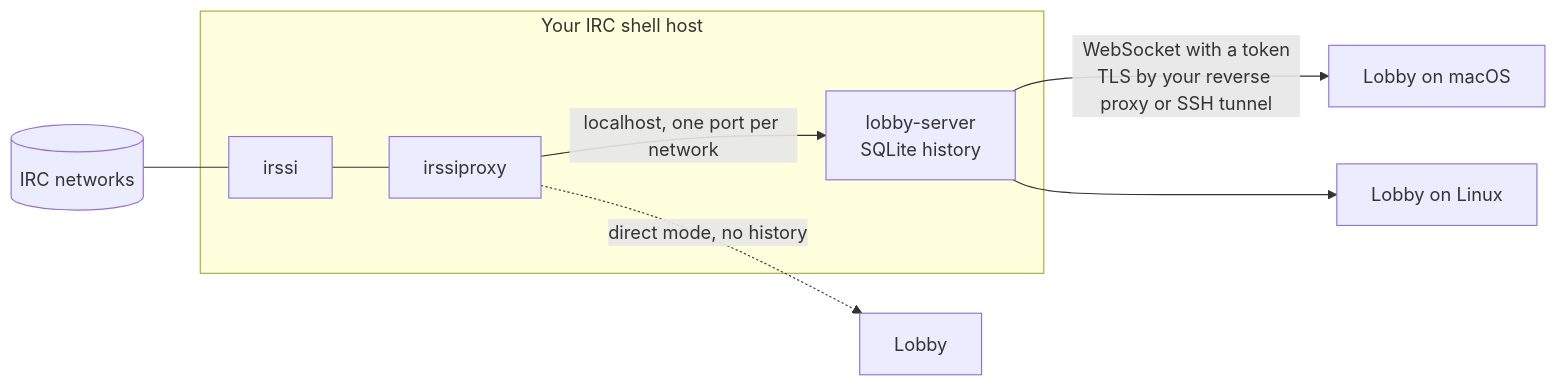
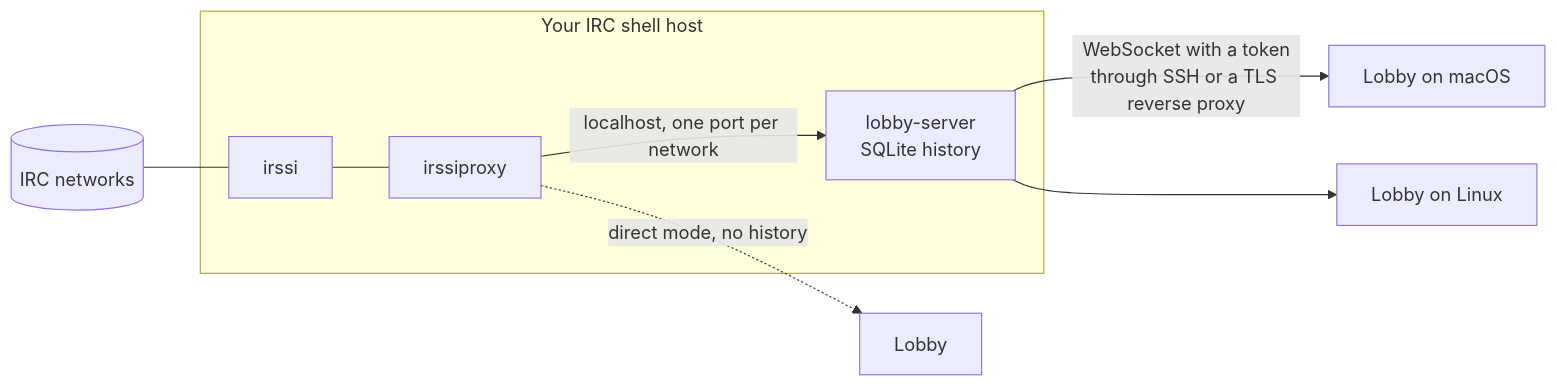
The first of 2 diagrams in README.md (pulinairc/pulina-app), drawn with Mermaid before and after one commit. The commit also changed other lines of this file and 6 other files, not shown here.

Commit message:
Add SSH tunnel to lobby-server

````diff
--- a/README.md
+++ b/README.md
@@ -13,13 +13,13 @@
 ```mermaid
 flowchart LR
     nets[(IRC networks)] --- irssi
 
     subgraph shell [Your IRC shell host]
         irssi --- proxy[irssiproxy]
         proxy -- "localhost, one port per network" --> server["lobby-server<br/>SQLite history"]
     end
 
-    server -- "WebSocket with a token<br/>TLS by your reverse proxy or SSH tunnel" --> mac[Lobby on macOS]
+    server -- "WebSocket with a token<br/>through SSH or a TLS reverse proxy" --> mac[Lobby on macOS]
     server --> linux[Lobby on Linux]
     proxy -. "direct mode, no history" .-> direct[Lobby]
 ```
````
